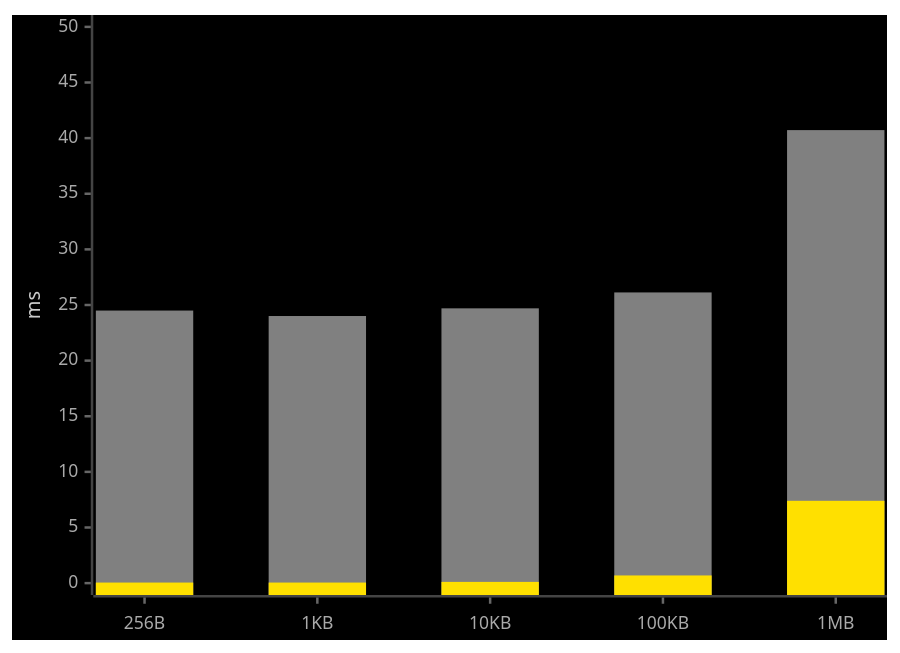
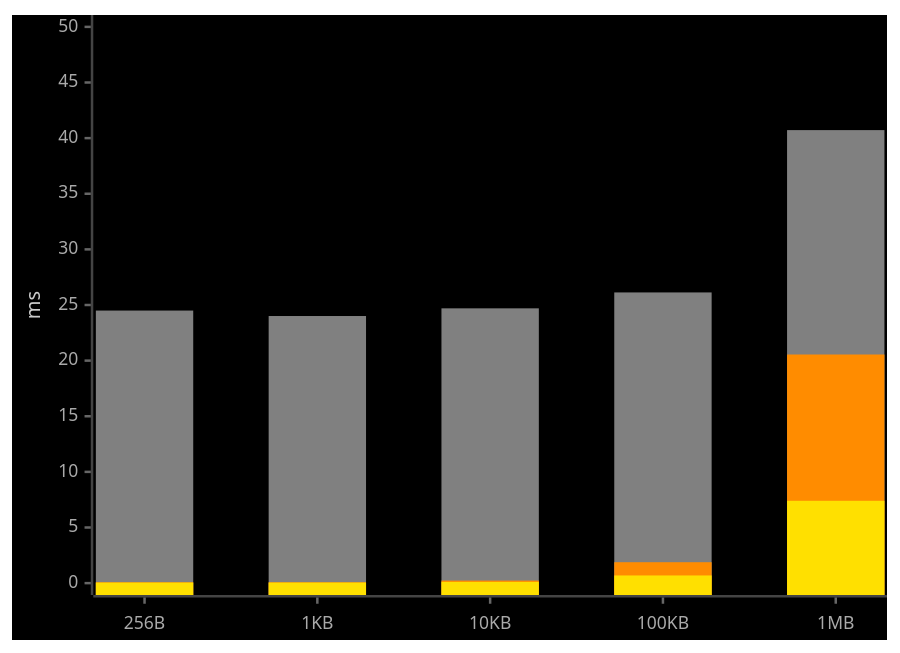
Before and after one commit to inference-labs-inc/lightning: the first of 2 diagrams in README.md, drawn with Mermaid. The commit also changed other lines of this file and 1 other file, not shown here.

First line of the commit message:
Introduce lightning Python bindings benchmark for three-way comparison

````diff
--- a/README.md
+++ b/README.md
@@ -77,25 +78,26 @@
 ```mermaid
 ---
 config:
     xyChart:
         plotReservedSpacePercent: 60
     themeVariables:
         xyChart:
             backgroundColor: "#000000"
-            plotColorPalette: "#808080, #FFE000"
+            plotColorPalette: "#808080, #FF8C00, #FFE000"
             titleColor: "#ffffff"
             xAxisLabelColor: "#aaaaaa"
             xAxisTitleColor: "#cccccc"
             xAxisTickColor: "#666666"
             xAxisLineColor: "#444444"
             yAxisLabelColor: "#aaaaaa"
             yAxisTitleColor: "#cccccc"
             yAxisTickColor: "#666666"
             yAxisLineColor: "#444444"
 ---
 xychart-beta
     x-axis ["256B", "1KB", "10KB", "100KB", "1MB"]
     y-axis "ms" 0 --> 50
     bar "bittensor" [24.50, 24.01, 24.70, 26.13, 40.72]
-    bar "lightning" [0.05, 0.05, 0.11, 0.69, 7.40]
+    bar "lightning (Python)" [0.08, 0.08, 0.23, 1.88, 20.55]
+    bar "lightning (Rust)" [0.05, 0.05, 0.11, 0.69, 7.40]
 ```
````
